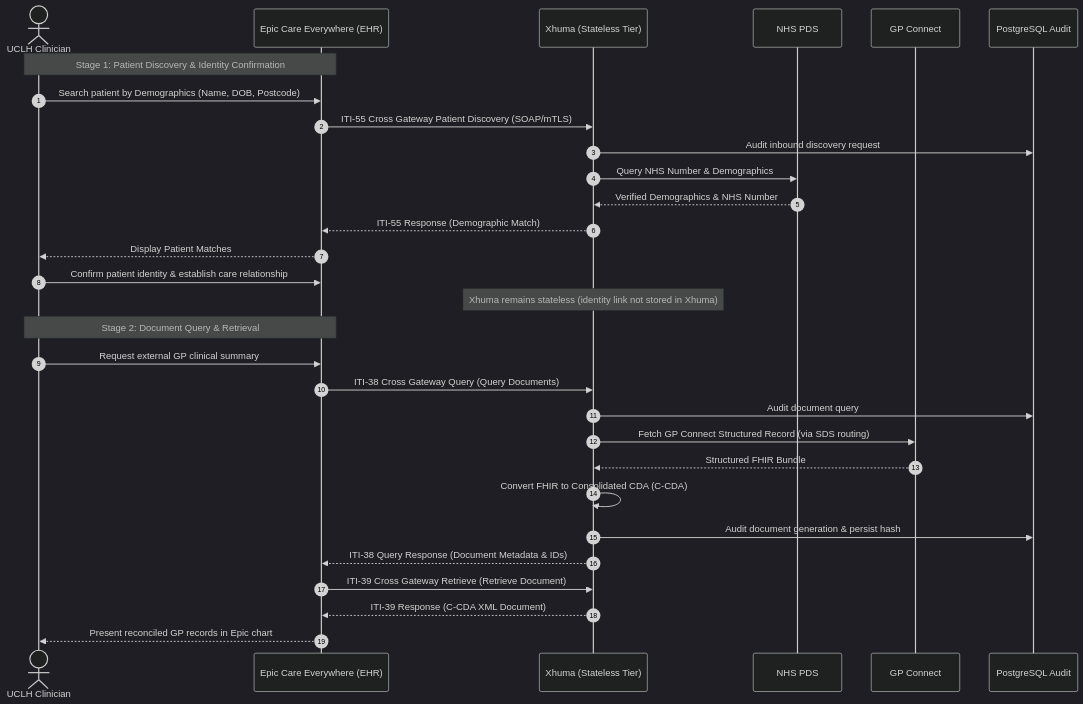
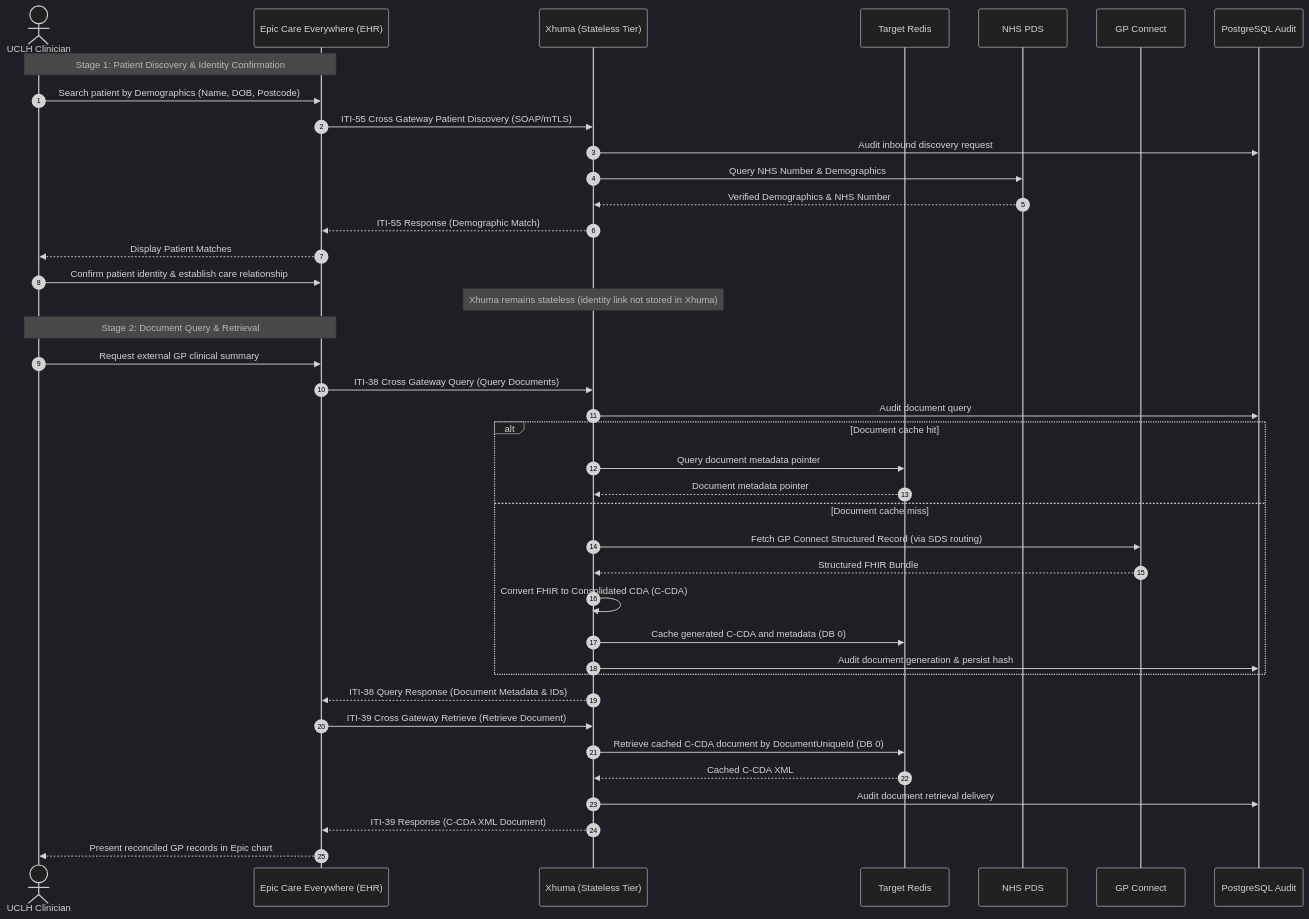
Before and after one commit to UCLH-Digital-Innovation-Hub/Xhuma: the fifth of 5 diagrams in docs/architecture/technical_architecture.md, drawn with Mermaid (dark theme). The commit also changed other lines of this file and 13 other files, not shown here.

````diff
--- a/docs/architecture/technical_architecture.md
+++ b/docs/architecture/technical_architecture.md
@@ -167,34 +170,44 @@
 ```mermaid
 sequenceDiagram
     autonumber
     actor Clinician as UCLH Clinician
     participant Epic as Epic Care Everywhere (EHR)
     participant X as Xhuma (Stateless Tier)
+    participant Redis as Target Redis
     participant PDS as NHS PDS
     participant GPC as GP Connect
     participant Audit as PostgreSQL Audit
 
     Note over Clinician,Epic: Stage 1: Patient Discovery & Identity Confirmation
     Clinician->>Epic: Search patient by Demographics (Name, DOB, Postcode)
     Epic->>X: ITI-55 Cross Gateway Patient Discovery (SOAP/mTLS)
     X->>Audit: Audit inbound discovery request
     X->>PDS: Query NHS Number & Demographics
     PDS-->>X: Verified Demographics & NHS Number
     X-->>Epic: ITI-55 Response (Demographic Match)
     Epic-->>Clinician: Display Patient Matches
     Clinician->>Epic: Confirm patient identity & establish care relationship
     note over X: Xhuma remains stateless (identity link not stored in Xhuma)
 
     Note over Clinician,Epic: Stage 2: Document Query & Retrieval
     Clinician->>Epic: Request external GP clinical summary
     Epic->>X: ITI-38 Cross Gateway Query (Query Documents)
     X->>Audit: Audit document query
-    X->>GPC: Fetch GP Connect Structured Record (via SDS routing)
-    GPC-->>X: Structured FHIR Bundle
-    X->>X: Convert FHIR to Consolidated CDA (C-CDA)
-    X->>Audit: Audit document generation & persist hash
+    alt Document cache hit
+        X->>Redis: Query document metadata pointer
+        Redis-->>X: Document metadata pointer
+    else Document cache miss
+        X->>GPC: Fetch GP Connect Structured Record (via SDS routing)
+        GPC-->>X: Structured FHIR Bundle
+        X->>X: Convert FHIR to Consolidated CDA (C-CDA)
+        X->>Redis: Cache generated C-CDA and metadata (DB 0)
+        X->>Audit: Audit document generation & persist hash
+    end
     X-->>Epic: ITI-38 Query Response (Document Metadata & IDs)
     Epic->>X: ITI-39 Cross Gateway Retrieve (Retrieve Document)
+    X->>Redis: Retrieve cached C-CDA document by DocumentUniqueId (DB 0)
+    Redis-->>X: Cached C-CDA XML
+    X->>Audit: Audit document retrieval delivery
     X-->>Epic: ITI-39 Response (C-CDA XML Document)
     Epic-->>Clinician: Present reconciled GP records in Epic chart
 ```
````
